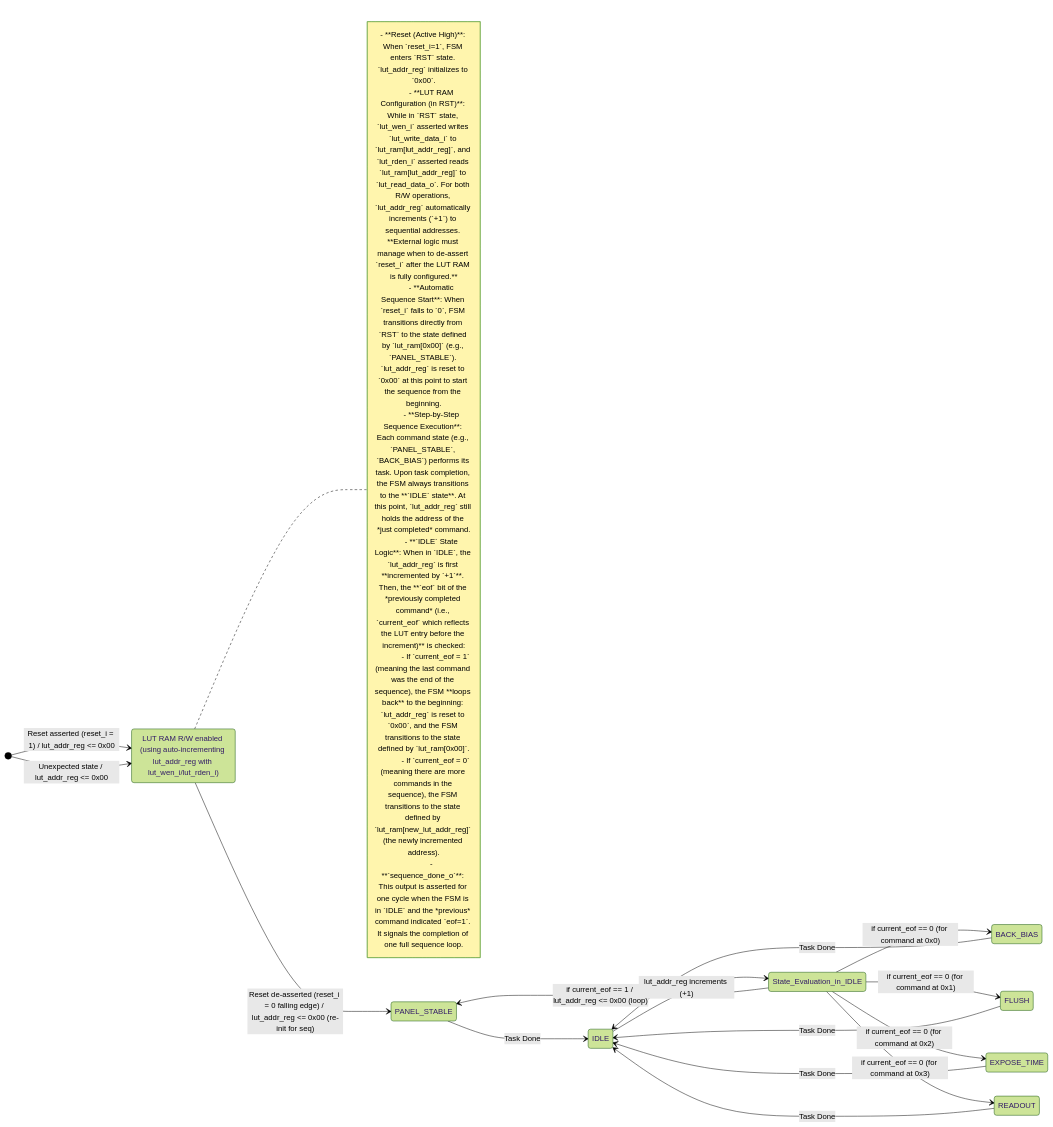
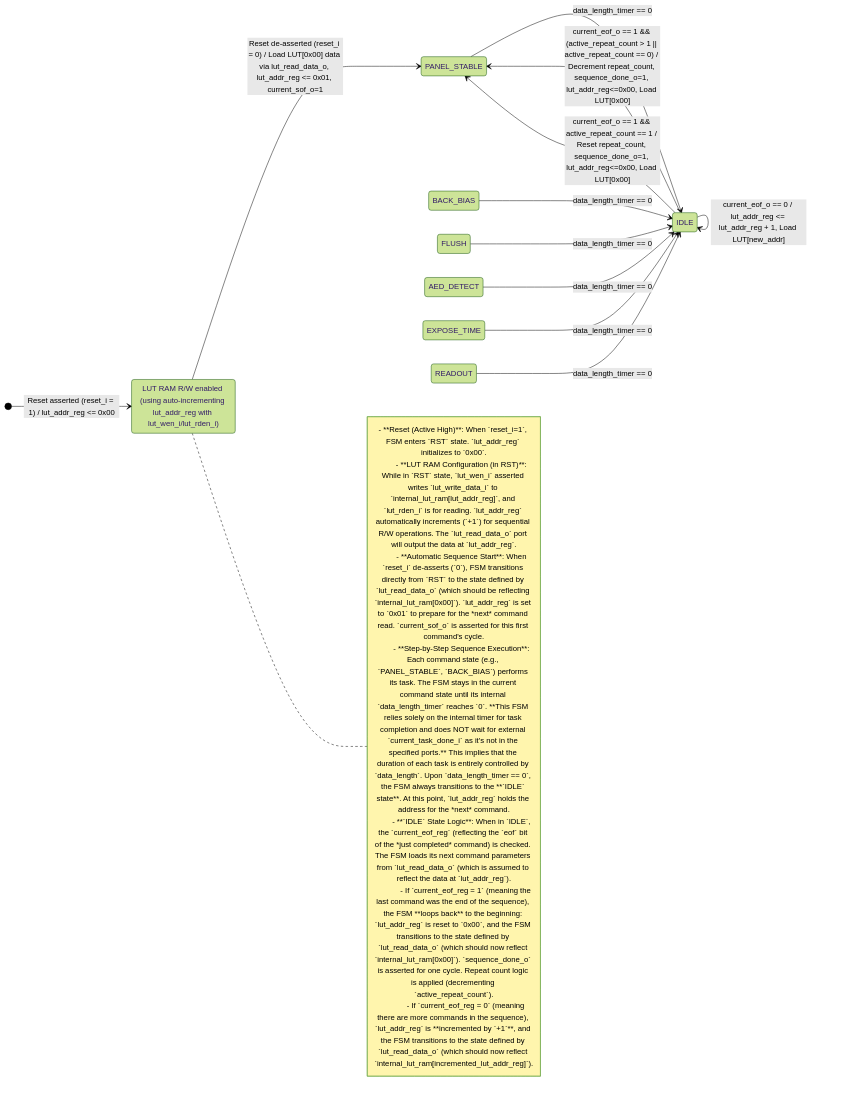
One commit to holee9/fsm_auto changed the diagram in test/fsm_diagram.md. Above: the diagram before and after it, drawn with Mermaid (forest theme). The commit also changed 3 other files, not shown here.

Commit message:
lut ram 값에 대한 하드코딩 되어 있어 수정이 필요함.

````diff
--- a/test/fsm_diagram.md
+++ b/test/fsm_diagram.md
@@ -1,40 +1,36 @@
 ```mermaid
 stateDiagram-v2
     direction LR
     state RST
     state IDLE
-    state PANEL_STABLE : panel_enable_o=1, bias_enable_o=0, flush_enable_o=0, expose_enable_o=0, readout_enable_o=0, aed_enable_o=0
-    state BACK_BIAS : panel_enable_o=0, bias_enable_o=1, flush_enable_o=0, expose_enable_o=0, readout_enable_o=0, aed_enable_o=0
-    state FLUSH : panel_enable_o=0, bias_enable_o=0, flush_enable_o=1, expose_enable_o=0, readout_enable_o=0, aed_enable_o=0
-    state AED_DETECT : panel_enable_o=0, bias_enable_o=0, flush_enable_o=0, expose_enable_o=0, readout_enable_o=0, aed_enable_o=1
-    state EXPOSE_TIME : panel_enable_o=0, bias_enable_o=0, flush_enable_o=0, expose_enable_o=1, readout_enable_o=0, aed_enable_o=0
-    state READOUT : panel_enable_o=0, bias_enable_o=0, flush_enable_o=0, expose_enable_o=0, readout_enable_o=1, aed_enable_o=0
+    state PANEL_STABLE : panel_enable_o=1
+    state BACK_BIAS : bias_enable_o=1
+    state FLUSH : flush_enable_o=1
+    state AED_DETECT
+    state EXPOSE_TIME : expose_enable_o=1
+    state READOUT : readout_enable_o=1, aed_enable_o=1
 
 
     [*] --> RST : Reset asserted (reset_i = 1) / lut_addr_reg <= 0x00
-    RST --> PANEL_STABLE : Reset de-asserted (reset_i = 0 falling edge) / lut_addr_reg <= 0x00 (re-init for seq)
+    RST --> PANEL_STABLE : Reset de-asserted (reset_i = 0) / Load LUT[0x00] data via lut_read_data_o, lut_addr_reg <= 0x01, current_sof_o=1
     RST : LUT RAM R/W enabled (using auto-incrementing lut_addr_reg with lut_wen_i/lut_rden_i)
-    PANEL_STABLE --> IDLE : Task Done
-    BACK_BIAS --> IDLE : Task Done
-    FLUSH --> IDLE : Task Done
-    EXPOSE_TIME --> IDLE : Task Done
-    READOUT --> IDLE : Task Done
-    IDLE --> State_Evaluation_in_IDLE : lut_addr_reg increments (+1)
-    State_Evaluation_in_IDLE --> PANEL_STABLE : if current_eof == 1 / lut_addr_reg <= 0x00 (loop)
-    State_Evaluation_in_IDLE --> BACK_BIAS : if current_eof == 0 (for command at 0x0)
-    State_Evaluation_in_IDLE --> FLUSH : if current_eof == 0 (for command at 0x1)
-    State_Evaluation_in_IDLE --> EXPOSE_TIME : if current_eof == 0 (for command at 0x2)
-    State_Evaluation_in_IDLE --> READOUT : if current_eof == 0 (for command at 0x3)
-    [*] --> RST : Unexpected state / lut_addr_reg <= 0x00
+    PANEL_STABLE --> IDLE : data_length_timer == 0
+    BACK_BIAS --> IDLE : data_length_timer == 0
+    FLUSH --> IDLE : data_length_timer == 0
+    AED_DETECT --> IDLE : data_length_timer == 0
+    EXPOSE_TIME --> IDLE : data_length_timer == 0
+    READOUT --> IDLE : data_length_timer == 0
+    IDLE --> PANEL_STABLE : current_eof_o == 1 && (active_repeat_count > 1 || active_repeat_count == 0) / Decrement repeat_count, sequence_done_o=1, lut_addr_reg<=0x00, Load LUT[0x00]
+    IDLE --> PANEL_STABLE : current_eof_o == 1 && active_repeat_count == 1 / Reset repeat_count, sequence_done_o=1, lut_addr_reg<=0x00, Load LUT[0x00]
+    IDLE --> IDLE : current_eof_o == 0 / lut_addr_reg <= lut_addr_reg + 1, Load LUT[new_addr]
 
     note right of RST
         - **Reset (Active High)**: When `reset_i=1`, FSM enters `RST` state. `lut_addr_reg` initializes to `0x00`.
-        - **LUT RAM Configuration (in RST)**: While in `RST` state, `lut_wen_i` asserted writes `lut_write_data_i` to `lut_ram[lut_addr_reg]`, and `lut_rden_i` asserted reads `lut_ram[lut_addr_reg]` to `lut_read_data_o`. For both R/W operations, `lut_addr_reg` automatically increments (`+1`) to sequential addresses. **External logic must manage when to de-assert `reset_i` after the LUT RAM is fully configured.**
-        - **Automatic Sequence Start**: When `reset_i` falls to `0`, FSM transitions directly from `RST` to the state defined by `lut_ram[0x00]` (e.g., `PANEL_STABLE`). `lut_addr_reg` is reset to `0x00` at this point to start the sequence from the beginning.
-        - **Step-by-Step Sequence Execution**: Each command state (e.g., `PANEL_STABLE`, `BACK_BIAS`) performs its task. Upon task completion, the FSM always transitions to the **`IDLE` state**. At this point, `lut_addr_reg` still holds the address of the *just completed* command.
-        - **`IDLE` State Logic**: When in `IDLE`, the `lut_addr_reg` is first **incremented by `+1`**. Then, the **`eof` bit of the *previously completed command* (i.e., `current_eof` which reflects the LUT entry before the increment)** is checked:
-            - If `current_eof = 1` (meaning the last command was the end of the sequence), the FSM **loops back** to the beginning: `lut_addr_reg` is reset to `0x00`, and the FSM transitions to the state defined by `lut_ram[0x00]`.
-            - If `current_eof = 0` (meaning there are more commands in the sequence), the FSM transitions to the state defined by `lut_ram[new_lut_addr_reg]` (the newly incremented address).
-        - **`sequence_done_o`**: This output is asserted for one cycle when the FSM is in `IDLE` and the *previous* command indicated `eof=1`. It signals the completion of one full sequence loop.
+        - **LUT RAM Configuration (in RST)**: While in `RST` state, `lut_wen_i` asserted writes `lut_write_data_i` to `internal_lut_ram[lut_addr_reg]`, and `lut_rden_i` is for reading. `lut_addr_reg` automatically increments (`+1`) for sequential R/W operations. The `lut_read_data_o` port will output the data at `lut_addr_reg`.
+        - **Automatic Sequence Start**: When `reset_i` de-asserts (`0`), FSM transitions directly from `RST` to the state defined by `lut_read_data_o` (which should be reflecting `internal_lut_ram[0x00]`). `lut_addr_reg` is set to `0x01` to prepare for the *next* command read. `current_sof_o` is asserted for this first command's cycle.
+        - **Step-by-Step Sequence Execution**: Each command state (e.g., `PANEL_STABLE`, `BACK_BIAS`) performs its task. The FSM stays in the current command state until its internal `data_length_timer` reaches `0`. **This FSM relies solely on the internal timer for task completion and does NOT wait for external `current_task_done_i` as it's not in the specified ports.** This implies that the duration of each task is entirely controlled by `data_length`. Upon `data_length_timer == 0`, the FSM always transitions to the **`IDLE` state**. At this point, `lut_addr_reg` holds the address for the *next* command.
+        - **`IDLE` State Logic**: When in `IDLE`, the `current_eof_reg` (reflecting the `eof` bit of the *just completed* command) is checked. The FSM loads its next command parameters from `lut_read_data_o` (which is assumed to reflect the data at `lut_addr_reg`).
+            - If `current_eof_reg = 1` (meaning the last command was the end of the sequence), the FSM **loops back** to the beginning: `lut_addr_reg` is reset to `0x00`, and the FSM transitions to the state defined by `lut_read_data_o` (which should now reflect `internal_lut_ram[0x00]`). `sequence_done_o` is asserted for one cycle. Repeat count logic is applied (decrementing `active_repeat_count`).
+            - If `current_eof_reg = 0` (meaning there are more commands in the sequence), `lut_addr_reg` is **incremented by `+1`**, and the FSM transitions to the state defined by `lut_read_data_o` (which should now reflect `internal_lut_ram[incremented_lut_addr_reg]`).
     end note
 ```
````
